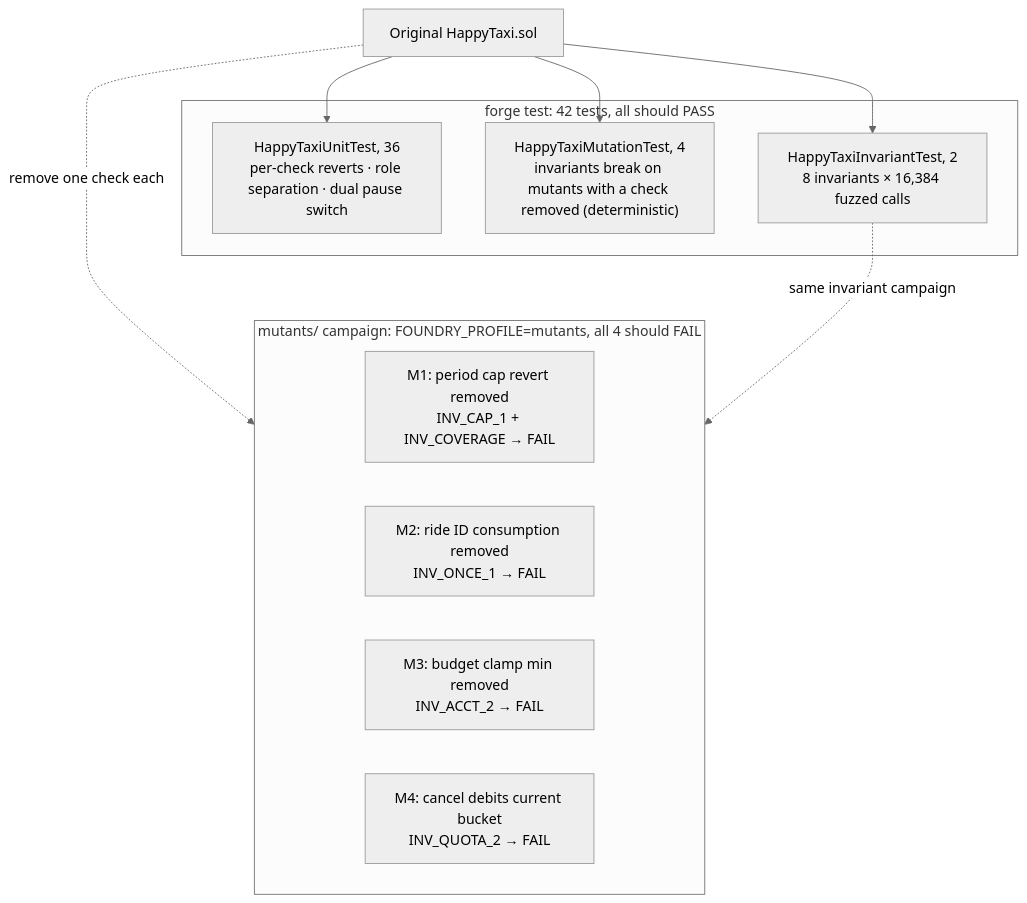
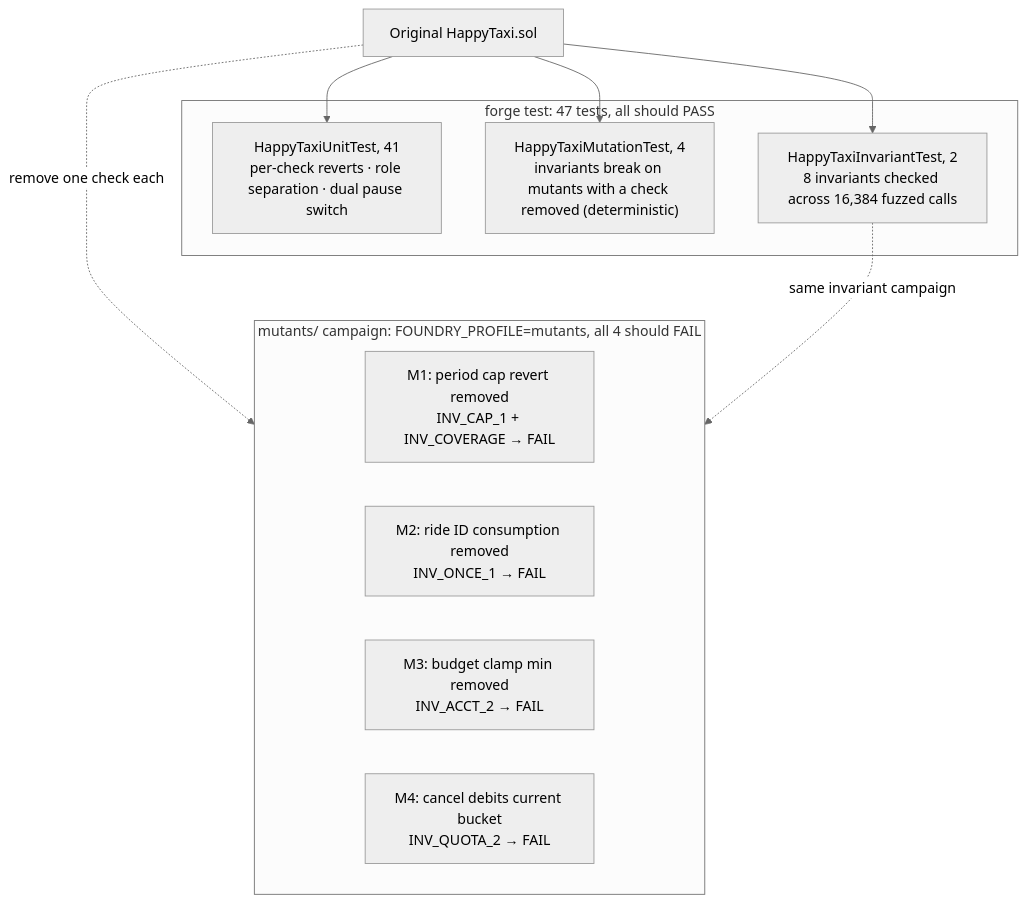
One commit to dandel6/HappyTaxi changed the second of 2 diagrams in README.md. Above: the diagram before and after it, drawn with Mermaid (neutral theme). The commit also changed other lines of this file and 1 other file, not shown here.

Commit message:
Update test counts to match forge test output (47 tests)

````diff
--- a/README.md
+++ b/README.md
@@ -40,23 +40,23 @@
 ```mermaid
 flowchart TB
     SRC["Original HappyTaxi.sol"]
 
-    subgraph FT["forge test: 42 tests, all should PASS"]
-        U["HappyTaxiUnitTest, 36<br/>per-check reverts · role separation · dual pause switch"]
+    subgraph FT["forge test: 47 tests, all should PASS"]
+        U["HappyTaxiUnitTest, 41<br/>per-check reverts · role separation · dual pause switch"]
         MT["HappyTaxiMutationTest, 4<br/>invariants break on mutants with a check removed (deterministic)"]
-        IT["HappyTaxiInvariantTest, 2<br/>8 invariants × 16,384 fuzzed calls"]
+        IT["HappyTaxiInvariantTest, 2<br/>8 invariants checked across 16,384 fuzzed calls"]
     end
 
     subgraph MC["mutants/ campaign: FOUNDRY_PROFILE=mutants, all 4 should FAIL"]
         M1["M1: period cap revert removed<br/>INV_CAP_1 + INV_COVERAGE → FAIL"]
         M2["M2: ride ID consumption removed<br/>INV_ONCE_1 → FAIL"]
         M3["M3: budget clamp min removed<br/>INV_ACCT_2 → FAIL"]
         M4["M4: cancel debits current bucket<br/>INV_QUOTA_2 → FAIL"]
     end
 
     SRC --> U
     SRC --> IT
     SRC -. "remove one check each" .-> MC
     SRC --> MT
     IT -. "same invariant campaign" .-> MC
 ```
````
